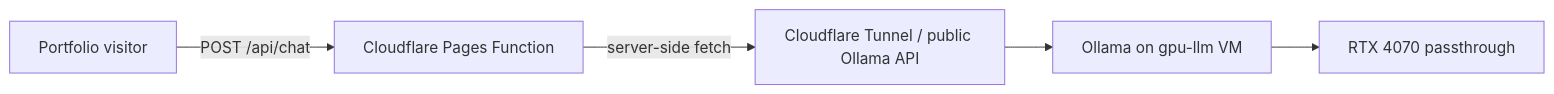
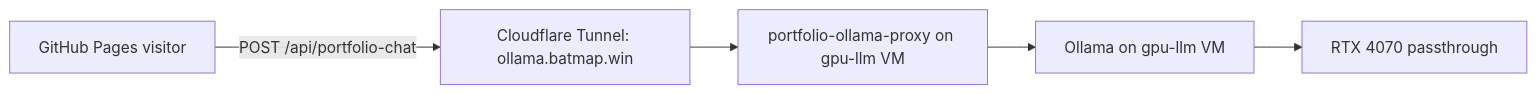
The diagram in CHATBOT_DEPLOY.md (willcoded0/portfolio), drawn with Mermaid before and after one commit. The commit also changed other lines of this file and 3 other files, not shown here.

Commit message:
Use GPU proxy endpoint for GitHub Pages chatbot

````diff
--- a/CHATBOT_DEPLOY.md
+++ b/CHATBOT_DEPLOY.md
@@ -7,7 +11,7 @@
 ```mermaid
 flowchart LR
-  Visitor[Portfolio visitor] -->|POST /api/chat| Pages[Cloudflare Pages Function]
-  Pages -->|server-side fetch| Tunnel[Cloudflare Tunnel / public Ollama API]
-  Tunnel --> Ollama[Ollama on gpu-llm VM]
+  Visitor[GitHub Pages visitor] -->|POST /api/portfolio-chat| Tunnel[Cloudflare Tunnel: ollama.batmap.win]
+  Tunnel --> Proxy[portfolio-ollama-proxy on gpu-llm VM]
+  Proxy --> Ollama[Ollama on gpu-llm VM]
   Ollama --> GPU[RTX 4070 passthrough]
 ```
````
